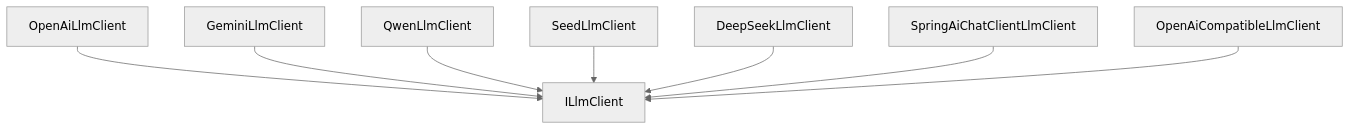
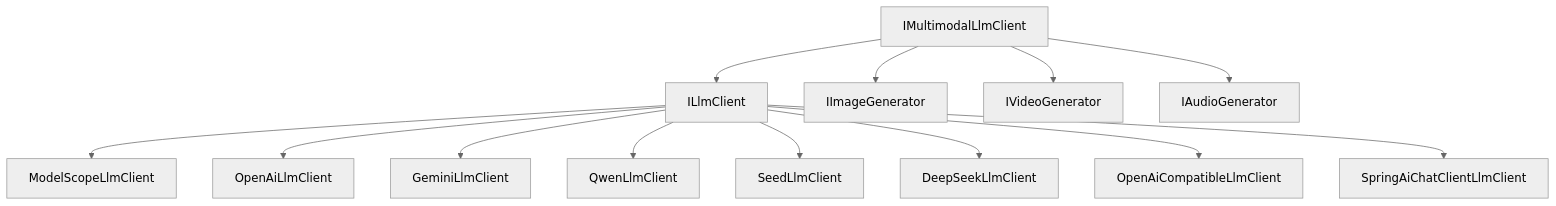
The fourth of 5 diagrams in designs/GUNDAM-core-Architecture.md (D15190304050/gundam-core), drawn with Mermaid (neutral theme) before and after one commit. The commit also changed other lines of this file and 63 other files, not shown here.

Commit message:
Correct architecture doc components to match current runtime types

````diff
--- a/designs/GUNDAM-core-Architecture.md
+++ b/designs/GUNDAM-core-Architecture.md
@@ -114,10 +61,16 @@
 ```mermaid
 graph TD
-    A[OpenAiLlmClient] --> B[ILlmClient]
-    C[GeminiLlmClient] --> B
-    D[QwenLlmClient] --> B
-    E[SeedLlmClient] --> B
-    F[DeepSeekLlmClient] --> B
-    G[SpringAiChatClientLlmClient] --> B
-    H[OpenAiCompatibleLlmClient] --> B
+    A[ILlmClient] --> B[ModelScopeLlmClient]
+    A --> C[OpenAiLlmClient]
+    A --> D[GeminiLlmClient]
+    A --> E[QwenLlmClient]
+    A --> F[SeedLlmClient]
+    A --> G[DeepSeekLlmClient]
+    A --> H[OpenAiCompatibleLlmClient]
+    A --> I[SpringAiChatClientLlmClient]
+
+    J[IMultimodalLlmClient] --> A
+    J --> K[IImageGenerator]
+    J --> L[IVideoGenerator]
+    J --> M[IAudioGenerator]
 ```
````
